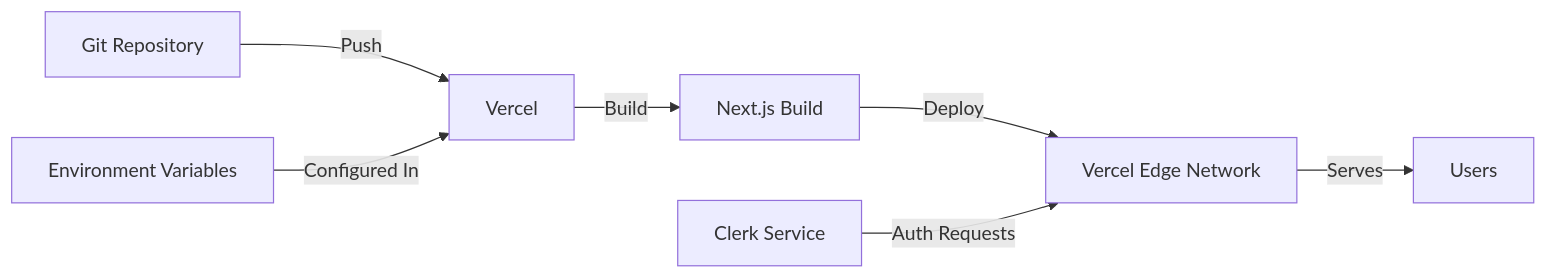
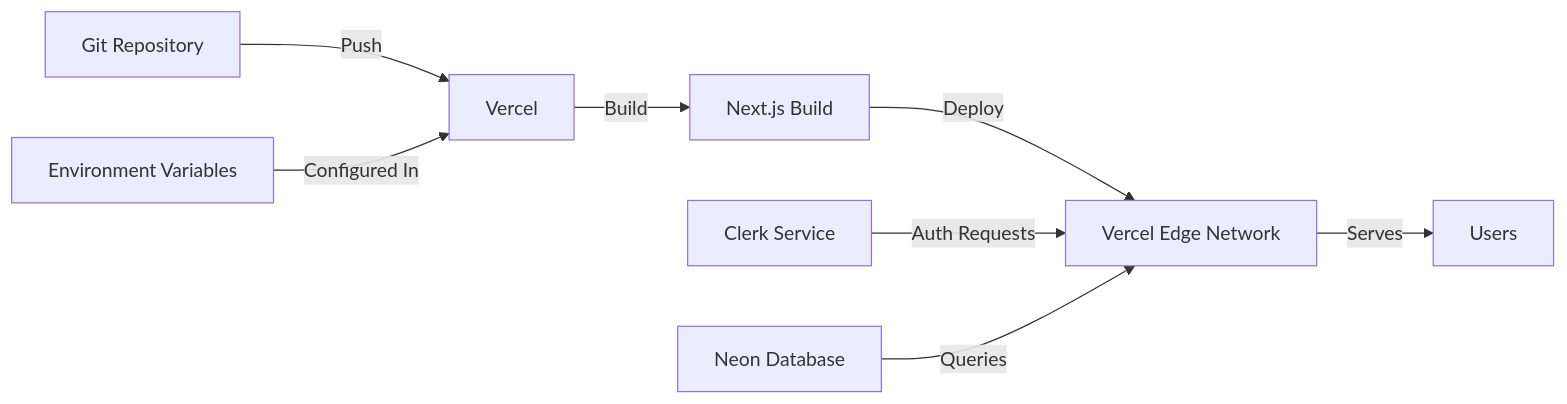
The second of 2 diagrams in docs/ARCHITECTURE.md (timyousaf/timtracker2), drawn with Mermaid before and after one commit. The commit also changed other lines of this file and 2 other files, not shown here.

````diff
--- a/docs/ARCHITECTURE.md
+++ b/docs/ARCHITECTURE.md
@@ -99,10 +112,11 @@
 ```mermaid
 graph LR
     A[Git Repository] -->|Push| B[Vercel]
     B -->|Build| C[Next.js Build]
     C -->|Deploy| D[Vercel Edge Network]
     D -->|Serves| E[Users]
     
     F[Environment Variables] -->|Configured In| B
     G[Clerk Service] -->|Auth Requests| D
+    H[Neon Database] -->|Queries| D
 ```
````
